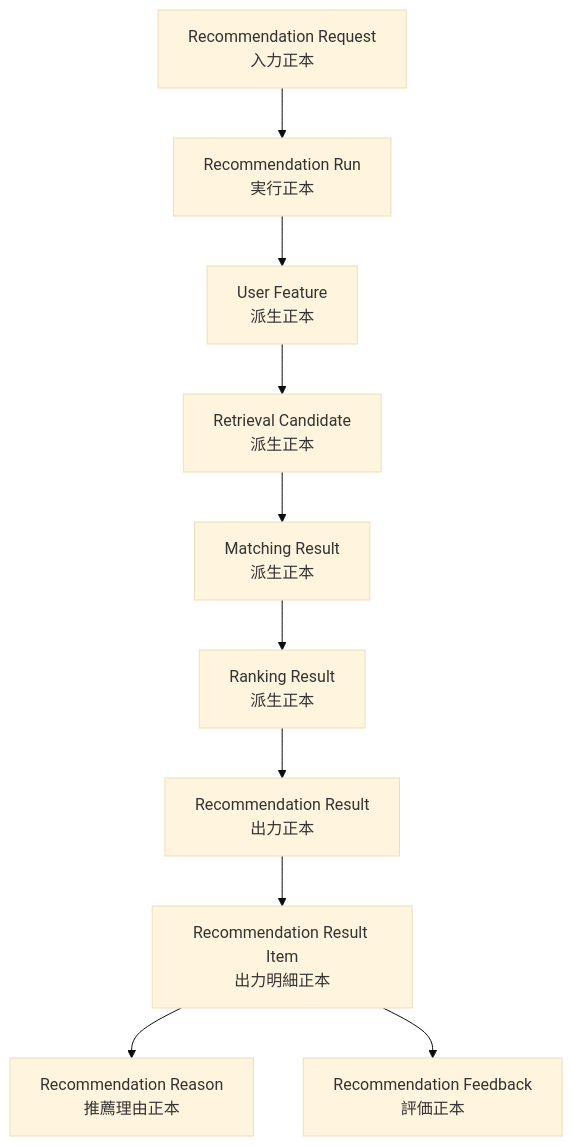
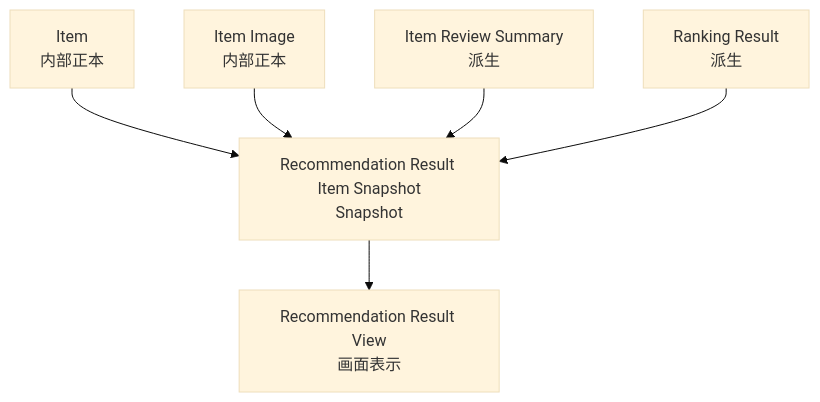
The third of 3 diagrams in docs/05_アプリケーション設計/アプリ/database/正本定義表.md (ryo-chan-k6/GiftRecommendAPP_MVP_CYCLE_3), drawn with Mermaid (base theme) before and after one commit. The commit also changed other lines of this file, not shown here.

Commit message:
ドキュメントを更新し、Gift Recommendation Service MVPにおける正本定義の基本方針を明確化。正本の分類、上書き・再生成方針を詳細に定義し、データ管理の指針を強化。これにより、システム全体の設計基盤がさらに整備された。

````diff
--- a/docs/05_アプリケーション設計/アプリ/database/正本定義表.md
+++ b/docs/05_アプリケーション設計/アプリ/database/正本定義表.md
@@ -581,12 +911,8 @@
 ```mermaid
 flowchart TD
-    A[Recommendation Request<br/>入力正本] --> B[Recommendation Run<br/>実行正本]
-    B --> C[User Feature<br/>派生正本]
-    C --> D[Retrieval Candidate<br/>派生正本]
-    D --> E[Matching Result<br/>派生正本]
-    E --> F[Ranking Result<br/>派生正本]
-    F --> G[Recommendation Result<br/>出力正本]
-    G --> H[Recommendation Result Item<br/>出力明細正本]
-    H --> I[Recommendation Reason<br/>推薦理由正本]
-    H --> J[Recommendation Feedback<br/>評価正本]
+    A[Item<br/>内部正本] --> E[Recommendation Result Item Snapshot<br/>Snapshot]
+    B[Item Image<br/>内部正本] --> E
+    C[Item Review Summary<br/>派生] --> E
+    D[Ranking Result<br/>派生] --> E
+    E --> F[Recommendation Result View<br/>画面表示]
 ```
````
